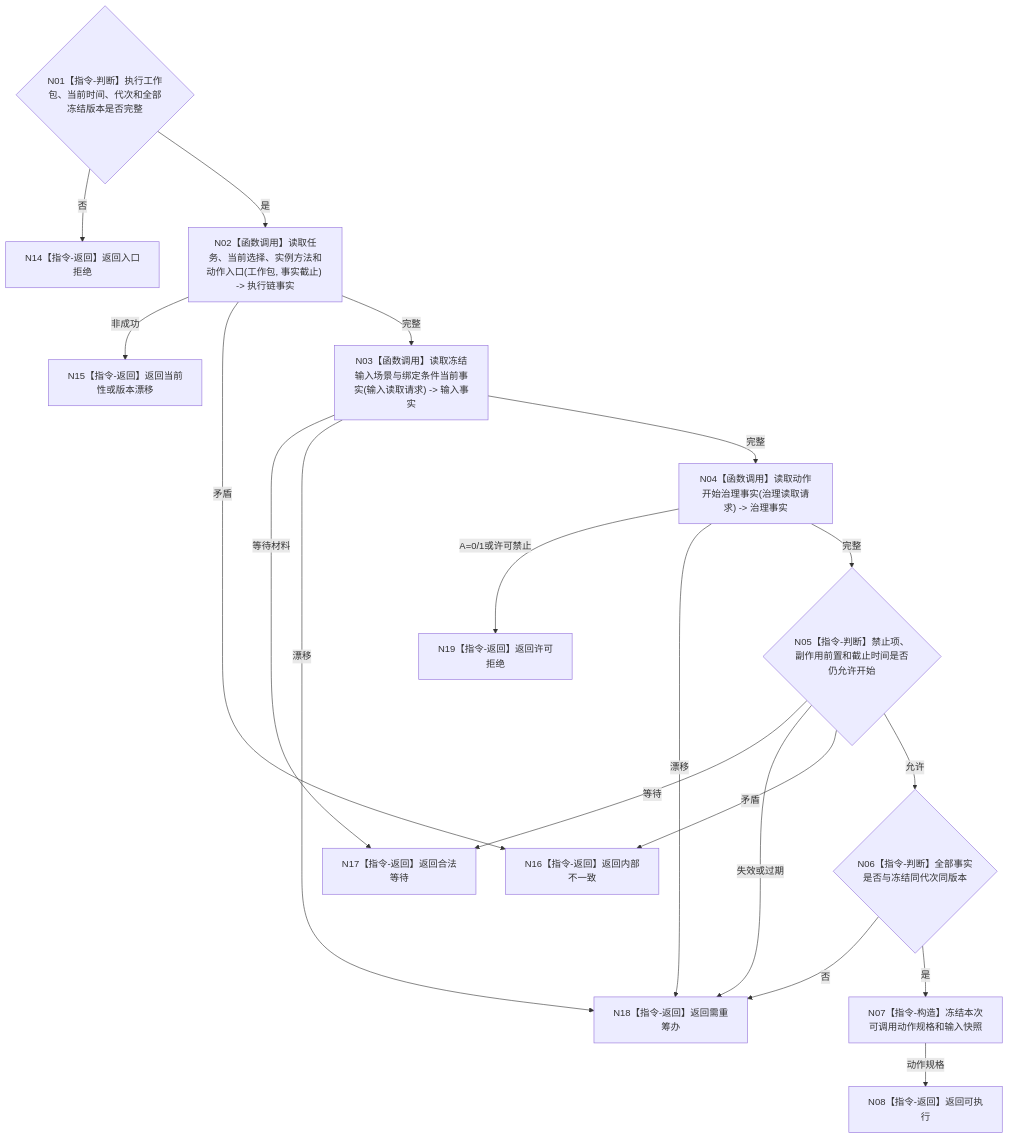
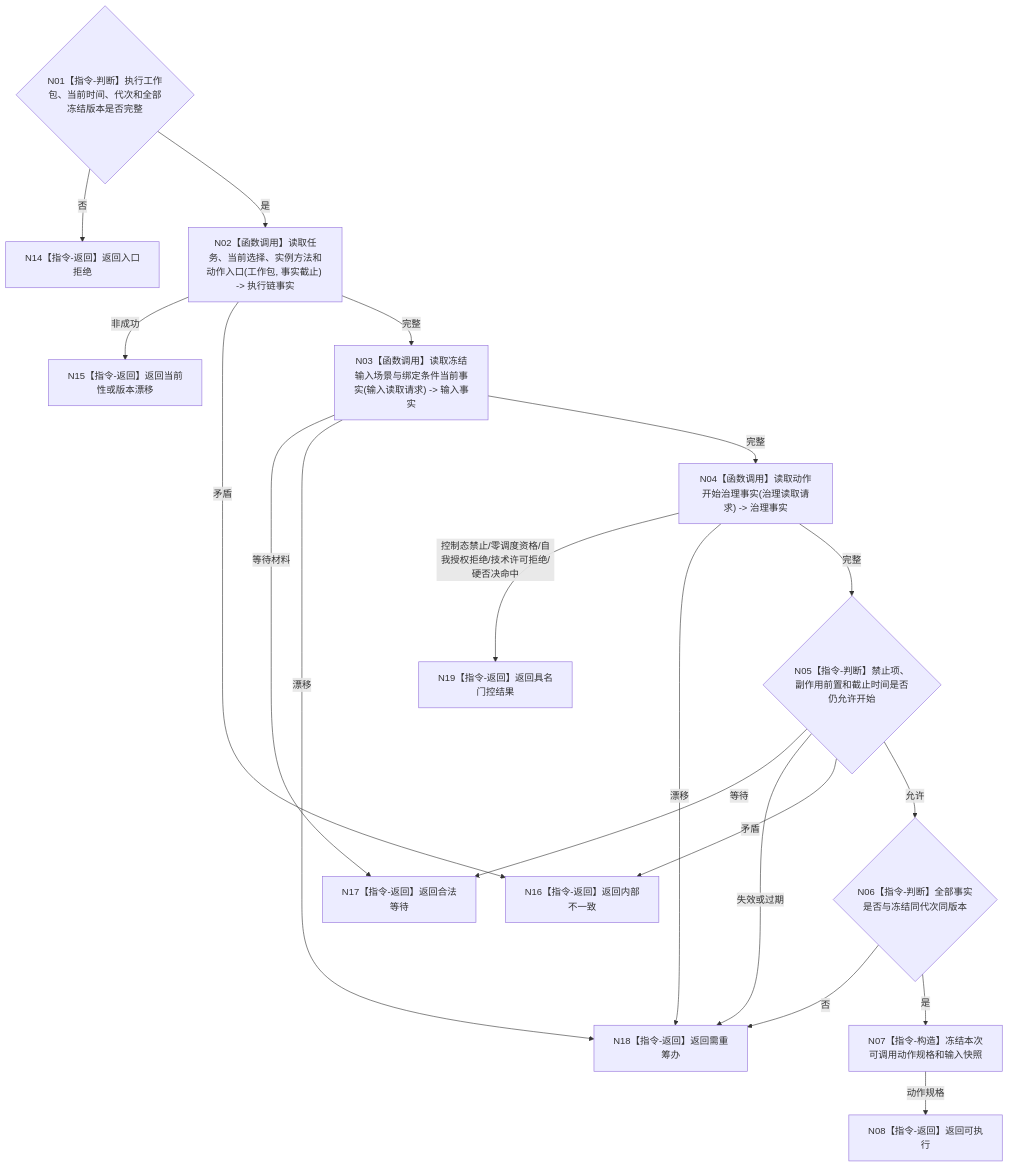
The diagram in 流程图/目标业务流程图/L3/BIZ-L3-004-07-02_复核任务方法与输入场景_目标函数流程图_v0.1.md (chunhaizh-cyber/HY-Ego), drawn with Mermaid before and after one commit. The commit also changed other lines of this file and 35 other files, not shown here.

````diff
--- a/流程图/目标业务流程图/L3/BIZ-L3-004-07-02_复核任务方法与输入场景_目标函数流程图_v0.1.md
+++ b/流程图/目标业务流程图/L3/BIZ-L3-004-07-02_复核任务方法与输入场景_目标函数流程图_v0.1.md
@@ -30,21 +30,21 @@
 ```mermaid
 flowchart TD
     N01{"N01【指令-判断】执行工作包、当前时间、代次和全部冻结版本是否完整"} -->|否| N14["N14【指令-返回】返回入口拒绝"]
     N01 -->|是| N02["N02【函数调用】读取任务、当前选择、实例方法和动作入口(工作包, 事实截止) -> 执行链事实"]
     N02 -->|非成功| N15["N15【指令-返回】返回当前性或版本漂移"]
     N02 -->|矛盾| N16["N16【指令-返回】返回内部不一致"]
     N02 -->|完整| N03["N03【函数调用】读取冻结输入场景与绑定条件当前事实(输入读取请求) -> 输入事实"]
     N03 -->|等待材料| N17["N17【指令-返回】返回合法等待"]
     N03 -->|漂移| N18["N18【指令-返回】返回需重筹办"]
     N03 -->|完整| N04["N04【函数调用】读取动作开始治理事实(治理读取请求) -> 治理事实"]
-    N04 -->|A=0/1或许可禁止| N19["N19【指令-返回】返回许可拒绝"]
+    N04 -->|控制态禁止/零调度资格/自我授权拒绝/技术许可拒绝/硬否决命中| N19["N19【指令-返回】返回具名门控结果"]
     N04 -->|漂移| N18
     N04 -->|完整| N05{"N05【指令-判断】禁止项、副作用前置和截止时间是否仍允许开始"}
     N05 -->|等待| N17
     N05 -->|失效或过期| N18
     N05 -->|矛盾| N16
     N05 -->|允许| N06{"N06【指令-判断】全部事实是否与冻结同代次同版本"}
     N06 -->|否| N18
     N06 -->|是| N07["N07【指令-构造】冻结本次可调用动作规格和输入快照"]
     N07 -->|动作规格| N08["N08【指令-返回】返回可执行"]
 ```
````
